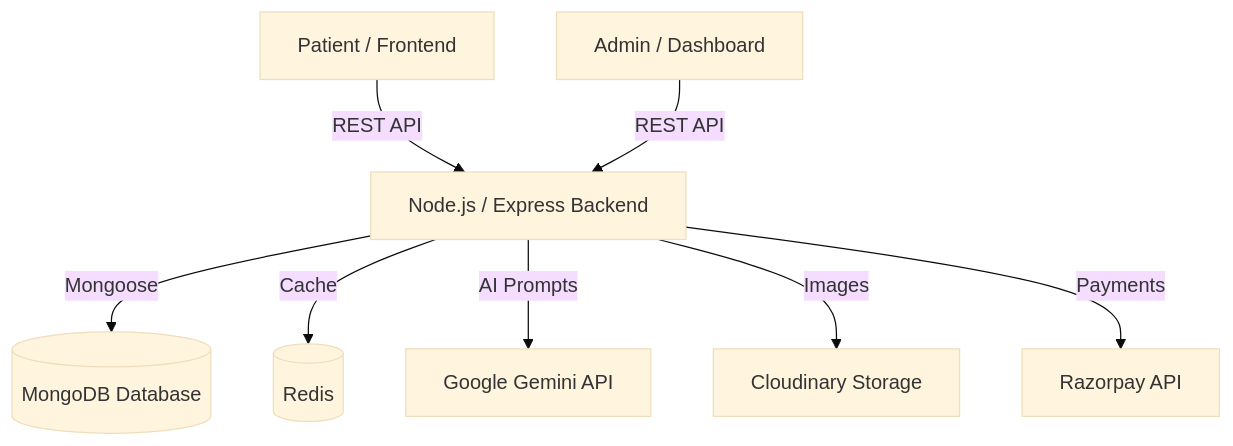
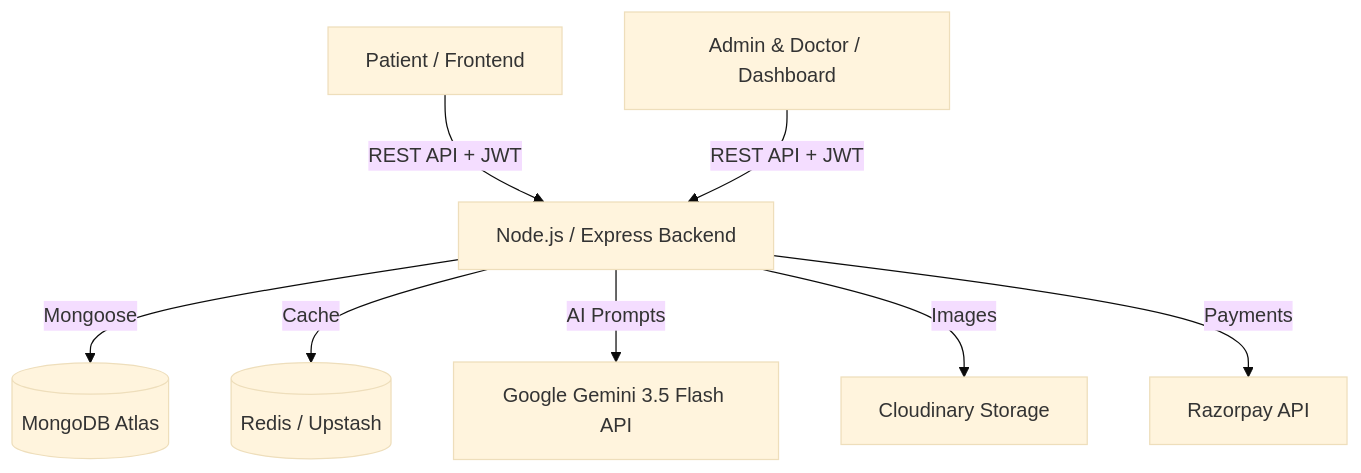
The first of 2 diagrams in README.md (ashishsps20/Doctor-Appointment-Project), drawn with Mermaid (base theme) before and after one commit. The commit also changed other lines of this file, not shown here.

````diff
--- a/README.md
+++ b/README.md
@@ -40,10 +53,10 @@
 ```mermaid
 flowchart TD
-    Patient[Patient / Frontend] -->|REST API| Backend[Node.js / Express Backend]
-    AdminUser[Admin / Dashboard] -->|REST API| Backend
-    Backend -->|Mongoose| MongoDB[(MongoDB Database)]
-    Backend -->|Cache| Redis[(Redis)]
-    Backend -->|AI Prompts| Gemini[Google Gemini API]
+    Patient[Patient / Frontend] -->|REST API + JWT| Backend[Node.js / Express Backend]
+    AdminUser[Admin & Doctor / Dashboard] -->|REST API + JWT| Backend
+    Backend -->|Mongoose| MongoDB[(MongoDB Atlas)]
+    Backend -->|Cache| Redis[(Redis / Upstash)]
+    Backend -->|AI Prompts| Gemini[Google Gemini 3.5 Flash API]
     Backend -->|Images| Cloudinary[Cloudinary Storage]
     Backend -->|Payments| Razorpay[Razorpay API]
 ```
````
